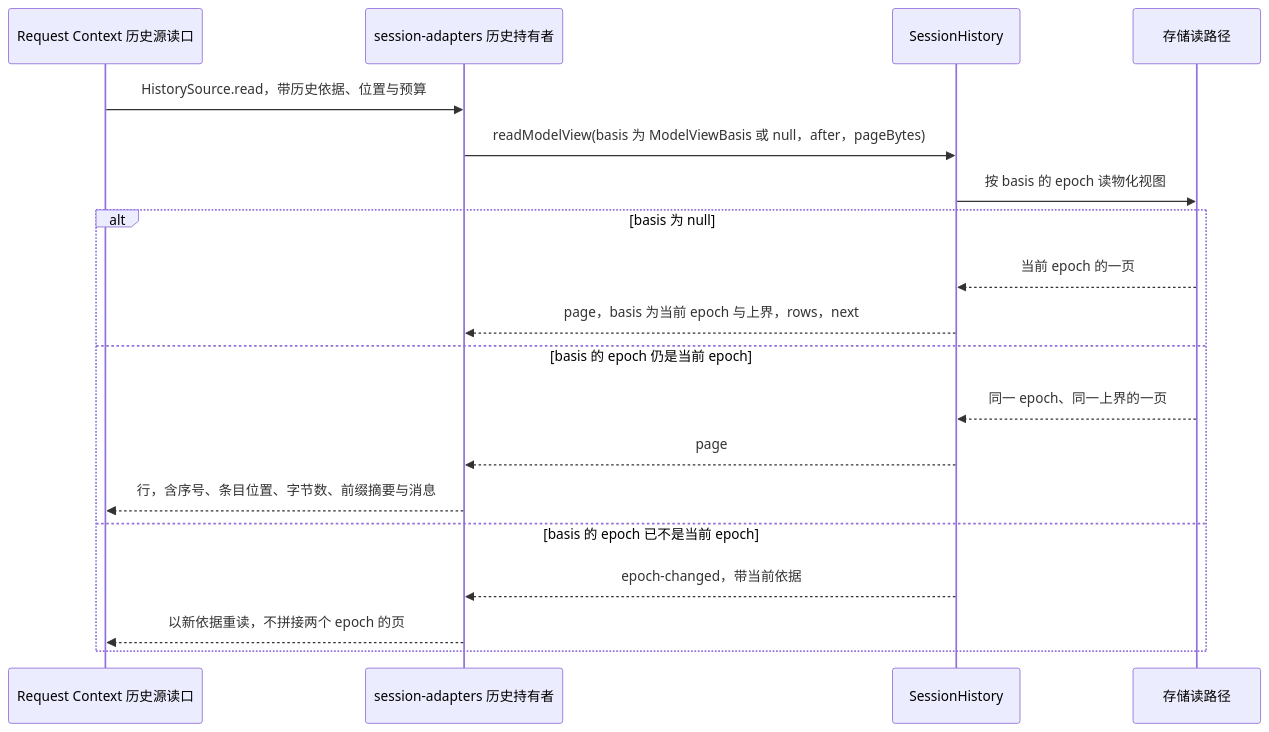
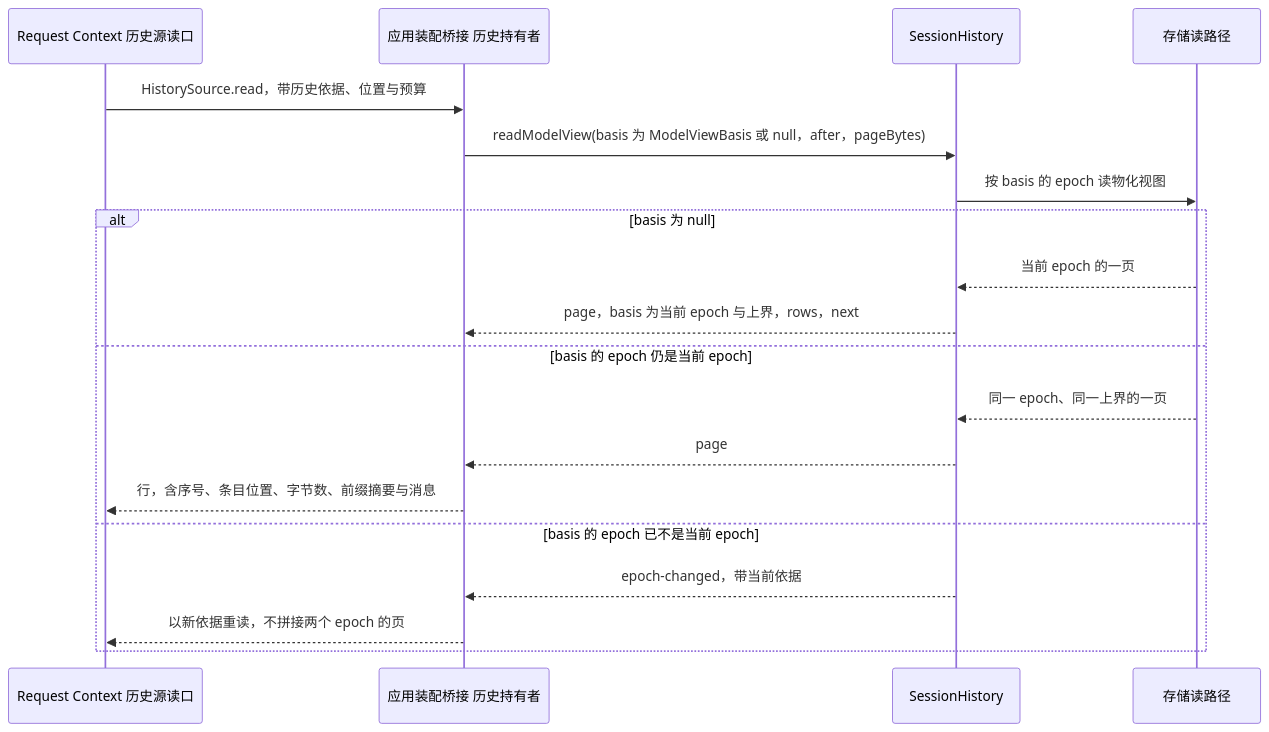
Diagram 12 of 15 in packages/session/session-contract/docs/flows/scenarios.md (nemori-ai/omne-harness-lite), drawn with Mermaid before and after one commit. The commit also changed other lines of this file and 44 other files, not shown here.

````diff
--- a/packages/session/session-contract/docs/flows/scenarios.md
+++ b/packages/session/session-contract/docs/flows/scenarios.md
@@ -687,21 +644,21 @@
 ```mermaid
 sequenceDiagram
     participant Q as Request Context 历史源读口
-    participant X as session-adapters 历史持有者
+    participant X as 应用装配桥接 历史持有者
     participant H as SessionHistory
     participant D as 存储读路径
     Q->>X: HistorySource.read，带历史依据、位置与预算
     X->>H: readModelView(basis 为 ModelViewBasis 或 null，after，pageBytes)
     H->>D: 按 basis 的 epoch 读物化视图
     alt basis 为 null
         D-->>H: 当前 epoch 的一页
         H-->>X: page，basis 为当前 epoch 与上界，rows，next
     else basis 的 epoch 仍是当前 epoch
         D-->>H: 同一 epoch、同一上界的一页
         H-->>X: page
         X-->>Q: 行，含序号、条目位置、字节数、前缀摘要与消息
     else basis 的 epoch 已不是当前 epoch
         H-->>X: epoch-changed，带当前依据
         X-->>Q: 以新依据重读，不拼接两个 epoch 的页
     end
 ```
````
